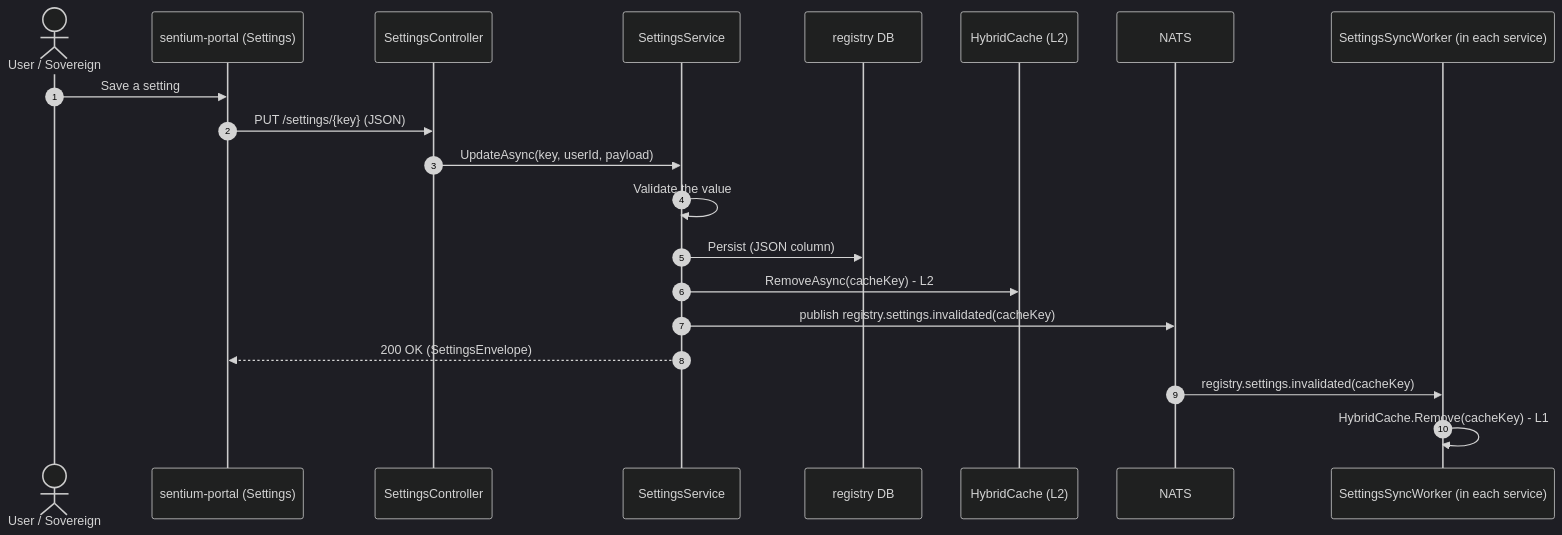
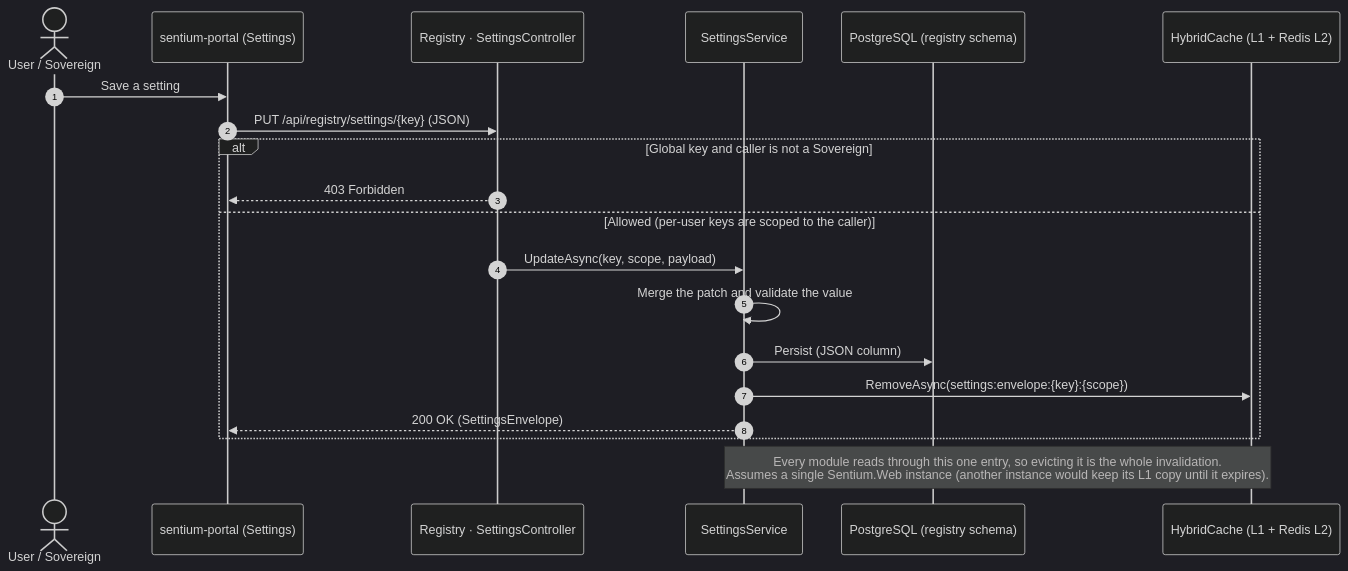
One commit to mihailshterev/sentium changed the diagram in docs/diagrams/registry-2-settings-invalidation.md. Above: the diagram before and after it, drawn with Mermaid (dark theme). The commit also changed 99 other files, not shown here.

````diff
--- a/docs/diagrams/registry-2-settings-invalidation.md
+++ b/docs/diagrams/registry-2-settings-invalidation.md
@@ -1,23 +1,23 @@
 ```mermaid
 sequenceDiagram
     autonumber
     actor U as User / Sovereign
     participant FE as sentium-portal (Settings)
-    participant SC as SettingsController
+    participant SC as Registry · SettingsController
     participant SS as SettingsService
-    participant DB as registry DB
-    participant HC as HybridCache (L2)
-    participant NATS as NATS
-    participant SW as SettingsSyncWorker (in each service)
+    participant DB as PostgreSQL (registry schema)
+    participant HC as HybridCache (L1 + Redis L2)
 
     U->>FE: Save a setting
-    FE->>SC: PUT /settings/{key} (JSON)
-    SC->>SS: UpdateAsync(key, userId, payload)
-    SS->>SS: Validate the value
-    SS->>DB: Persist (JSON column)
-    SS->>HC: RemoveAsync(cacheKey) - L2
-    SS->>NATS: publish registry.settings.invalidated(cacheKey)
-    SS-->>FE: 200 OK (SettingsEnvelope)
-    NATS->>SW: registry.settings.invalidated(cacheKey)
-    SW->>SW: HybridCache.Remove(cacheKey) - L1
+    FE->>SC: PUT /api/registry/settings/{key} (JSON)
+    alt Global key and caller is not a Sovereign
+        SC-->>FE: 403 Forbidden
+    else Allowed (per-user keys are scoped to the caller)
+        SC->>SS: UpdateAsync(key, scope, payload)
+        SS->>SS: Merge the patch and validate the value
+        SS->>DB: Persist (JSON column)
+        SS->>HC: RemoveAsync(settings:envelope:{key}:{scope})
+        SS-->>FE: 200 OK (SettingsEnvelope)
+    end
+    Note over SS,HC: Every module reads through this one entry, so evicting it is the whole invalidation.<br/>Assumes a single Sentium.Web instance (another instance would keep its L1 copy until it expires).
 ```
````
